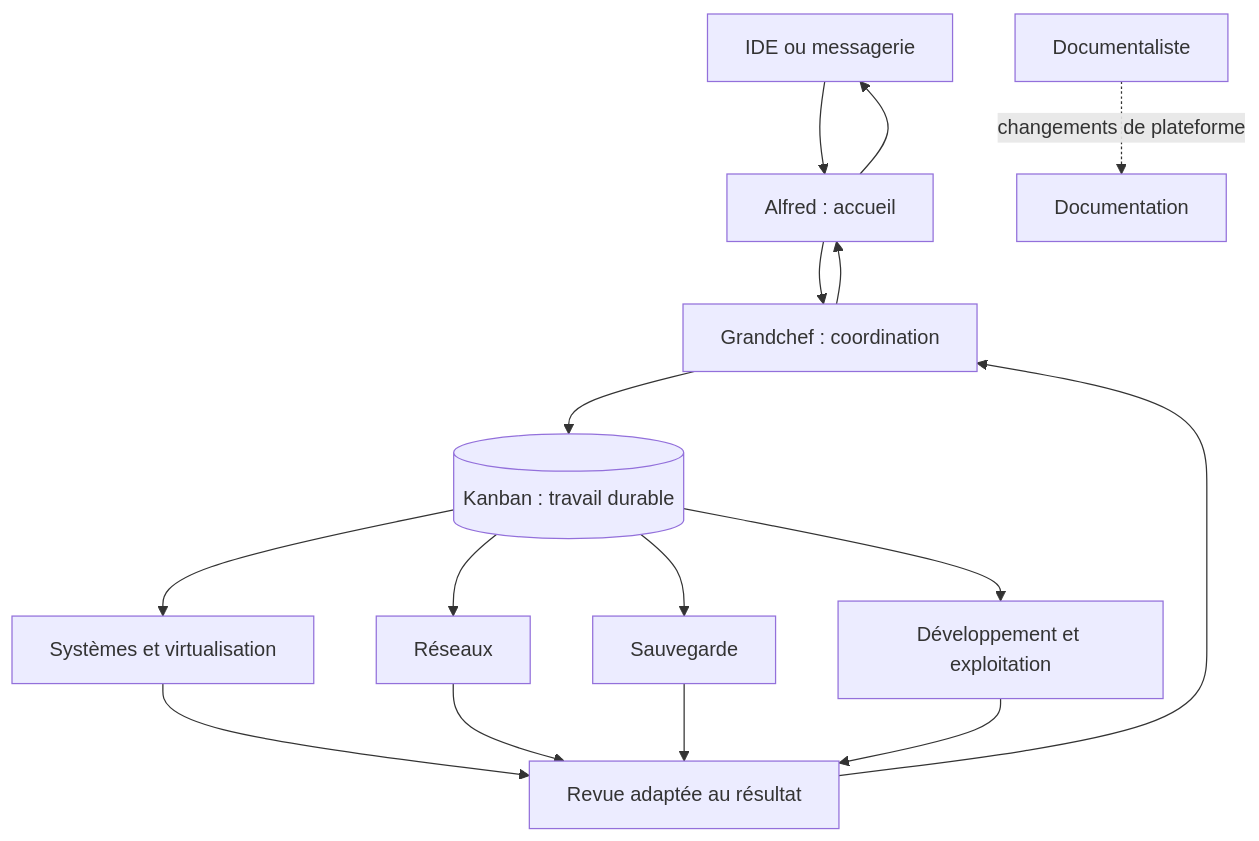
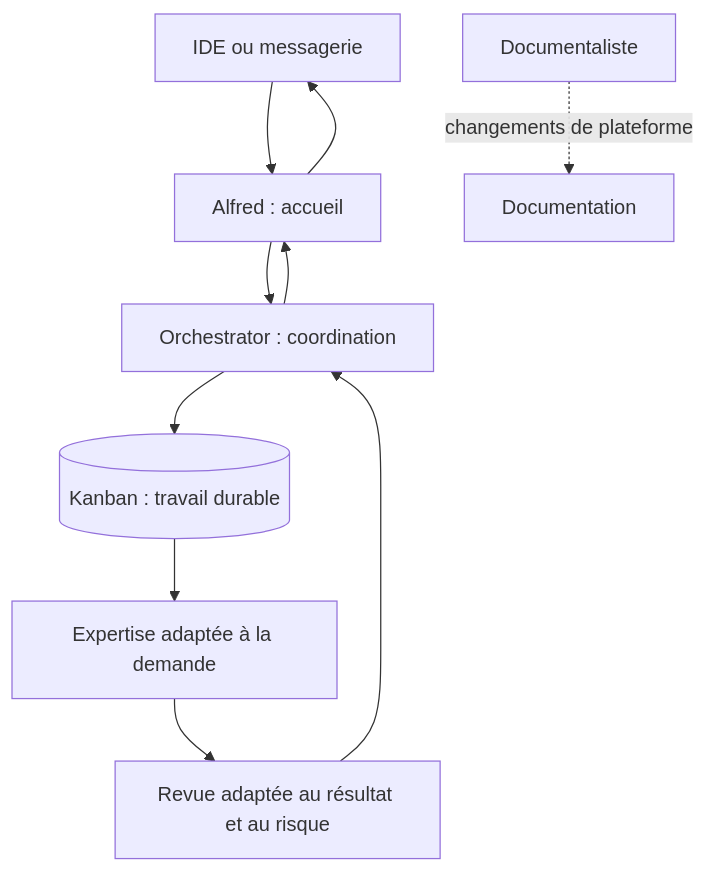
Before and after one commit to nicolastheuil/project-alfred: the first of 5 diagrams in docs/guide-illustre.md, drawn with Mermaid. The commit also changed other lines of this file and 11 other files, not shown here.

````diff
--- a/docs/guide-illustre.md
+++ b/docs/guide-illustre.md
@@ -11,18 +11,12 @@
 ```mermaid
 flowchart TB
     C[IDE ou messagerie] --> A[Alfred : accueil]
-    A --> G[Grandchef : coordination]
+    A --> G[Orchestrator : coordination]
     G --> Q[(Kanban : travail durable)]
-    Q --> S[Systèmes et virtualisation]
-    Q --> N[Réseaux]
-    Q --> B[Sauvegarde]
-    Q --> D[Développement et exploitation]
-    S --> R[Revue adaptée au résultat]
-    N --> R
-    B --> R
-    D --> R
+    Q --> E[Expertise adaptée à la demande]
+    E --> R[Revue adaptée au résultat et au risque]
     R --> G
     G --> A
     A --> C
     X[Documentaliste] -. changements de plateforme .-> DOC[Documentation]
 ```
````
